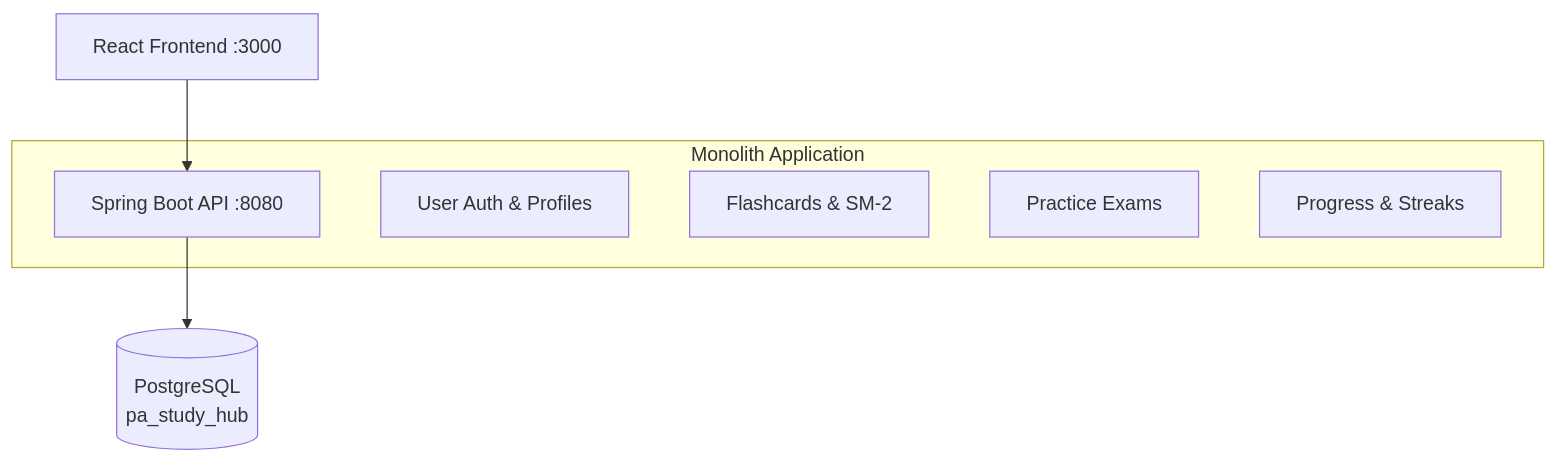
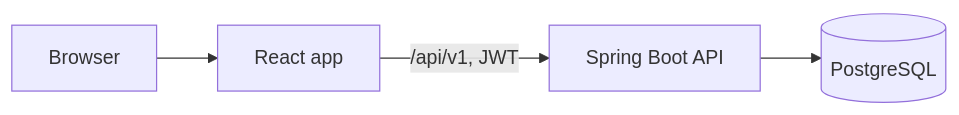
Before and after one commit to SamaadTurner/pa-study-hub: the diagram in README.md, drawn with Mermaid. The commit also changed other lines of this file and 4 other files, not shown here.

````diff
--- a/README.md
+++ b/README.md
@@ -19,13 +112,6 @@
 ```mermaid
-graph TB
-    FE[React Frontend :3000] --> API[Spring Boot API :8080]
-    API --> DB[(PostgreSQL\npa_study_hub)]
-
-    subgraph Monolith Application
-        API
-        US[User Auth & Profiles]
-        FS[Flashcards & SM-2]
-        ES[Practice Exams]
-        PS[Progress & Streaks]
-    end
+graph LR
+    B[Browser] --> F[React app]
+    F -->|/api/v1, JWT| A[Spring Boot API]
+    A --> D[(PostgreSQL)]
 ```
````
